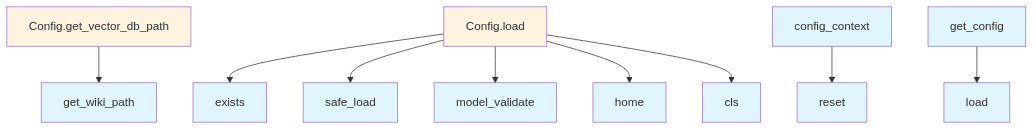
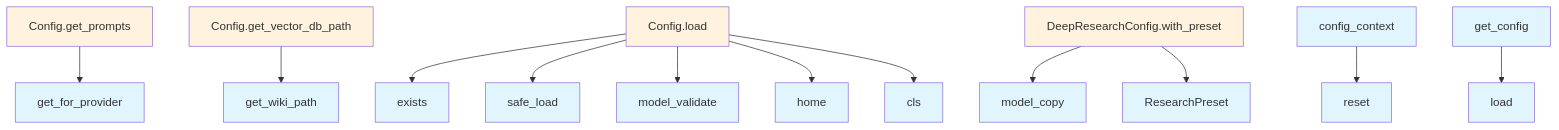
Before and after one commit to UrbanDiver/local-deepwiki-mcp: the second of 2 diagrams in .deepwiki/files/src/local_deepwiki/config.md, drawn with Mermaid. The commit also changed other lines of this file and 35 other files, not shown here.

````diff
--- a/.deepwiki/files/src/local_deepwiki/config.md
+++ b/.deepwiki/files/src/local_deepwiki/config.md
@@ -383,27 +569,35 @@
 ```mermaid
 flowchart TD
-    N0[Config.get_vector_db_path]
-    N1[Config.load]
-    N2[cls]
-    N3[config_context]
-    N4[exists]
-    N5[get_config]
-    N6[get_wiki_path]
-    N7[home]
-    N8[load]
-    N9[model_validate]
-    N10[reset]
-    N11[safe_load]
-    N5 --> N8
-    N3 --> N10
-    N1 --> N4
-    N1 --> N11
-    N1 --> N9
-    N1 --> N7
-    N1 --> N2
-    N0 --> N6
+    N0[Config.get_prompts]
+    N1[Config.get_vector_db_path]
+    N2[Config.load]
+    N3[DeepResearchConfig.with_preset]
+    N4[ResearchPreset]
+    N5[cls]
+    N6[config_context]
+    N7[exists]
+    N8[get_config]
+    N9[get_for_provider]
+    N10[get_wiki_path]
+    N11[home]
+    N12[load]
+    N13[model_copy]
+    N14[model_validate]
+    N15[reset]
+    N16[safe_load]
+    N8 --> N12
+    N6 --> N15
+    N3 --> N13
+    N3 --> N4
+    N0 --> N9
+    N2 --> N7
+    N2 --> N16
+    N2 --> N14
+    N2 --> N11
+    N2 --> N5
+    N1 --> N10
     classDef func fill:#e1f5fe
-    class N2,N3,N4,N5,N6,N7,N8,N9,N10,N11 func
+    class N4,N5,N6,N7,N8,N9,N10,N11,N12,N13,N14,N15,N16 func
     classDef method fill:#fff3e0
-    class N0,N1 method
+    class N0,N1,N2,N3 method
 ```
````
